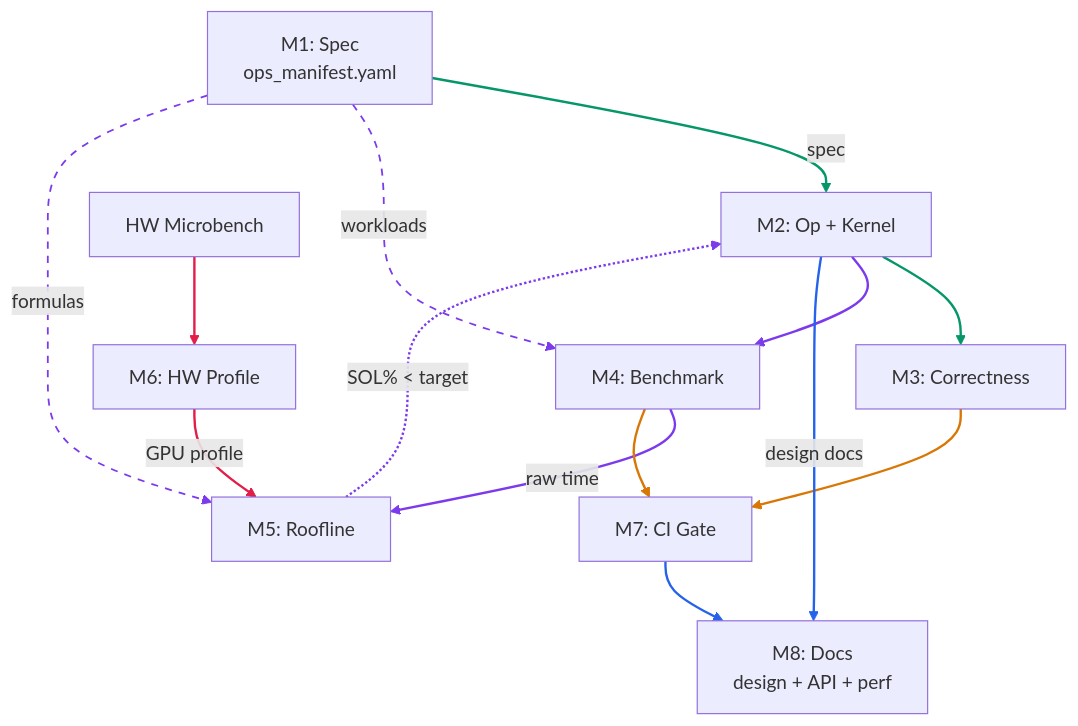
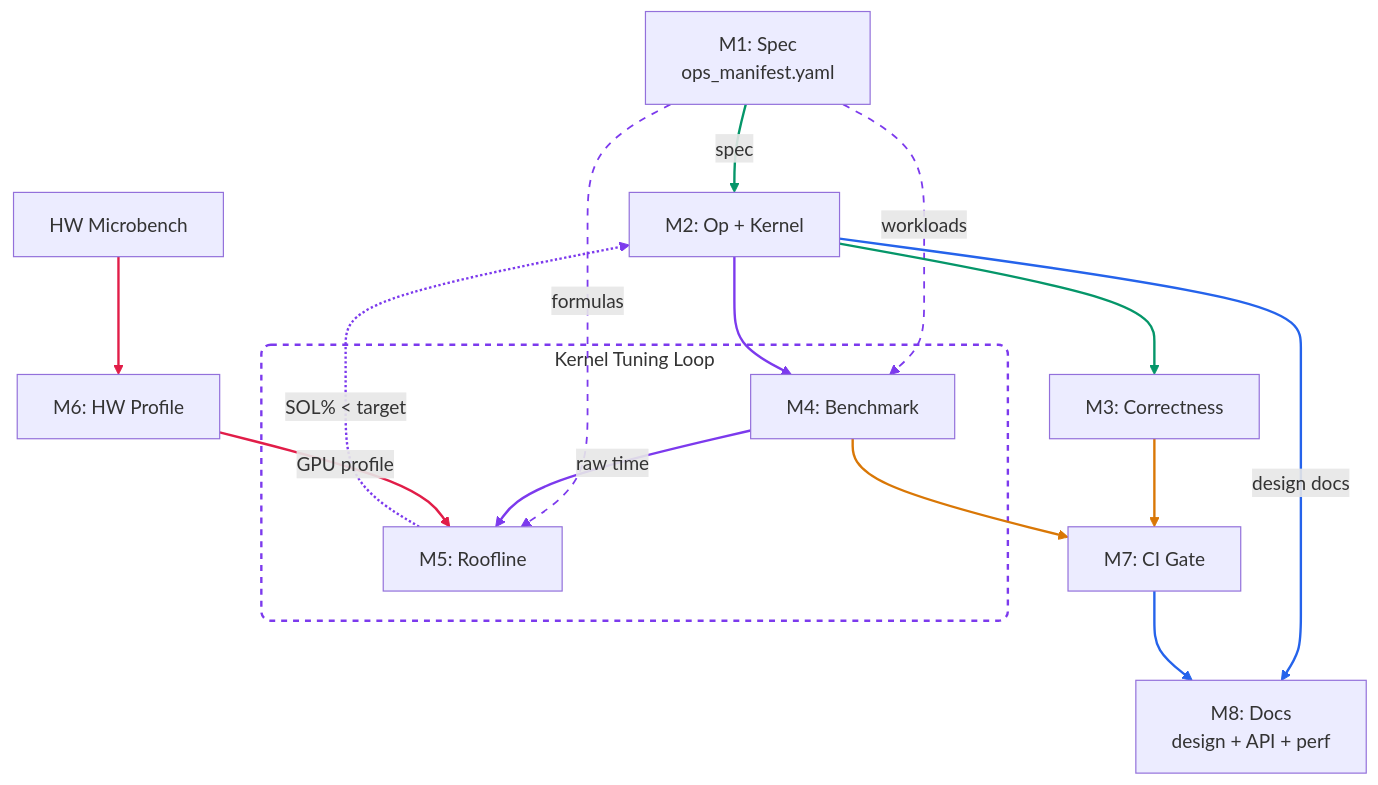
The diagram in docs/architecture.md (tile-ai/TileOPs), drawn with Mermaid before and after one commit.

Commit message:
[Doc] Highlight kernel tuning loop with subgraph
Wrap M4 (Benchmark) and M5 (Roofline) in a dashed purple subgraph
to visually emphasize the optimization loop: M2→M4→M5→M2.

````diff
--- a/docs/architecture.md
+++ b/docs/architecture.md
@@ -13,38 +13,43 @@
 ```mermaid
 graph TD
     M1["M1: Spec<br/>ops_manifest.yaml"]
     M2["M2: Op + Kernel"]
     M3["M3: Correctness"]
-    M4["M4: Benchmark"]
-    M5["M5: Roofline"]
     M6["M6: HW Profile"]
     HW["HW Microbench"]
     M7["M7: CI Gate"]
     M8["M8: Docs<br/>design + API + perf"]
+
+    subgraph loop ["Kernel Tuning Loop"]
+        M4["M4: Benchmark"]
+        M5["M5: Roofline"]
+    end
 
     M1 -- "spec" --> M2
     M1 -- "workloads" --> M4
     M1 -- "formulas" --> M5
     M2 --> M3
 
     M2 --> M4
     M4 -- "raw time" --> M5
     M5 -. "SOL% < target" .-> M2
 
     HW --> M6
     M6 -- "GPU profile" --> M5
 
     M3 --> M7
     M4 --> M7
 
     M2 -- "design docs" --> M8
     M7 --> M8
 
+    style loop fill:none,stroke:#7c3aed,stroke-width:2px,stroke-dasharray:5,rx:8,ry:8
+
     linkStyle 0 stroke:#059669,stroke-width:2px
     linkStyle 1,2 stroke:#7c3aed,stroke-width:1.5px,stroke-dasharray:6
     linkStyle 3 stroke:#059669,stroke-width:2px
     linkStyle 4,5,6 stroke:#7c3aed,stroke-width:2px
     linkStyle 7,8 stroke:#e11d48,stroke-width:2px
     linkStyle 9,10 stroke:#d97706,stroke-width:2px
     linkStyle 11,12 stroke:#2563eb,stroke-width:2px
 ```
````
